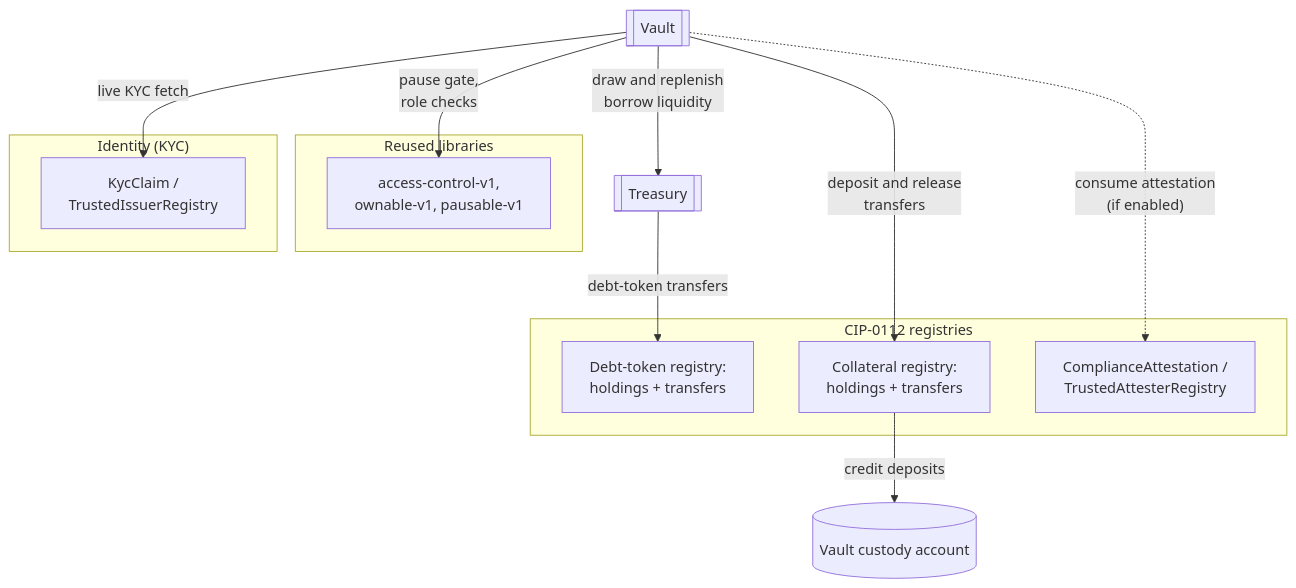
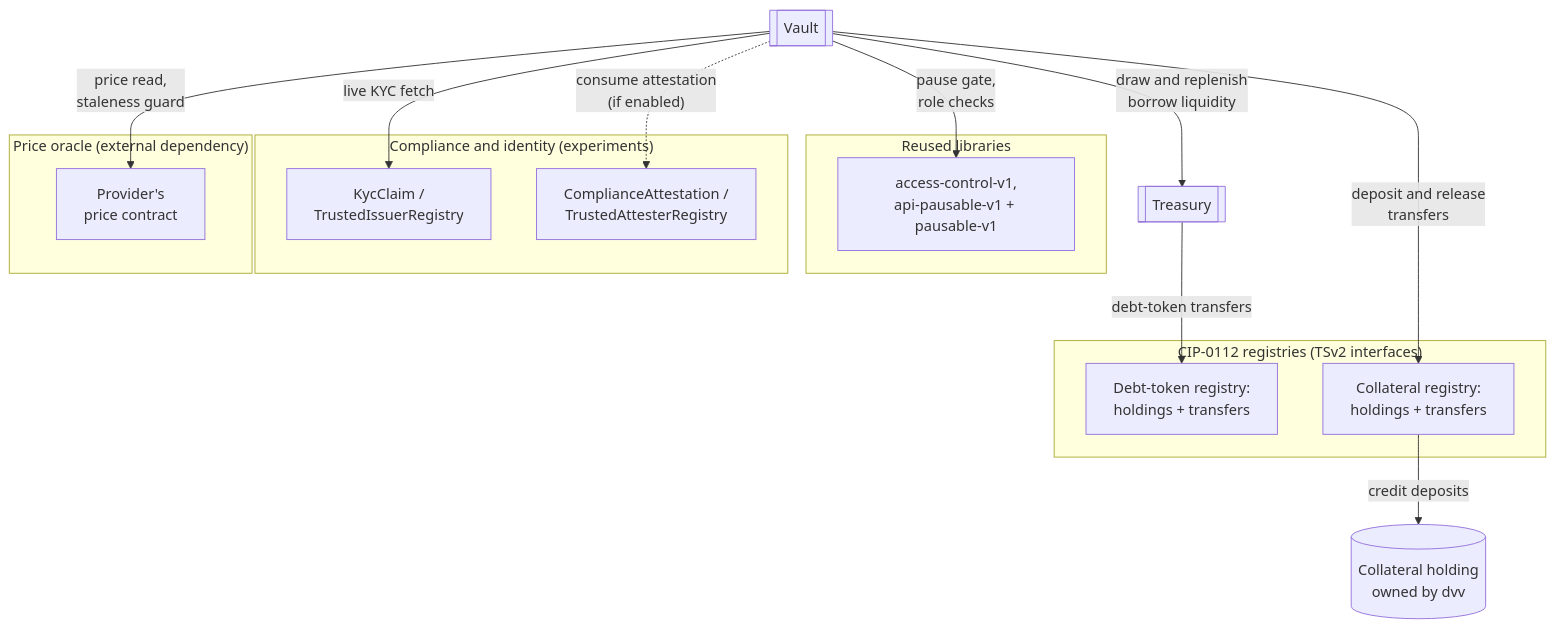
One commit to OpenZeppelin/canton-specs changed the second of 8 diagrams in docs/reference-architectures/lending.md. Above: the diagram before and after it, drawn with Mermaid. The commit also changed other lines of this file, not shown here.

````diff
--- a/docs/reference-architectures/lending.md
+++ b/docs/reference-architectures/lending.md
@@ -159,28 +168,33 @@
 ```mermaid
 flowchart TB
     Vault[["Vault"]]
     Treasury[["Treasury"]]
-    Custody[("Vault custody account")]
+    Collateral[("Collateral holding<br/>owned by dvv")]
 
     subgraph Libraries["Reused libraries"]
-        Gov["access-control-v1,<br/>ownable-v1, pausable-v1"]
+        Gov["access-control-v1,<br/>api-pausable-v1 + pausable-v1"]
     end
 
-    subgraph Identity["Identity (KYC)"]
+    subgraph Identity["Compliance and identity (experiments)"]
         Kyc["KycClaim /<br/>TrustedIssuerRegistry"]
-    end
-
-    subgraph Rail["CIP-0112 registries"]
-        Debt["Debt-token registry:<br/>holdings + transfers"]
-        Coll["Collateral registry:<br/>holdings + transfers"]
         Att["ComplianceAttestation /<br/>TrustedAttesterRegistry"]
     end
 
+    subgraph Rail["CIP-0112 registries (TSv2 interfaces)"]
+        Debt["Debt-token registry:<br/>holdings + transfers"]
+        Coll["Collateral registry:<br/>holdings + transfers"]
+    end
+
+    subgraph Price["Price oracle (external dependency)"]
+        Oracle["Provider's<br/>price contract"]
+    end
+
+    Vault -->|"price read,<br/>staleness guard"| Oracle
     Vault -->|"pause gate,<br/>role checks"| Gov
     Vault -->|"live KYC fetch"| Kyc
     Vault -->|"draw and replenish<br/>borrow liquidity"| Treasury
     Treasury -->|"debt-token transfers"| Debt
     Vault -.->|"consume attestation<br/>(if enabled)"| Att
     Vault -->|"deposit and release<br/>transfers"| Coll
-    Coll -->|"credit deposits"| Custody
+    Coll -->|"credit deposits"| Collateral
 ```
````
